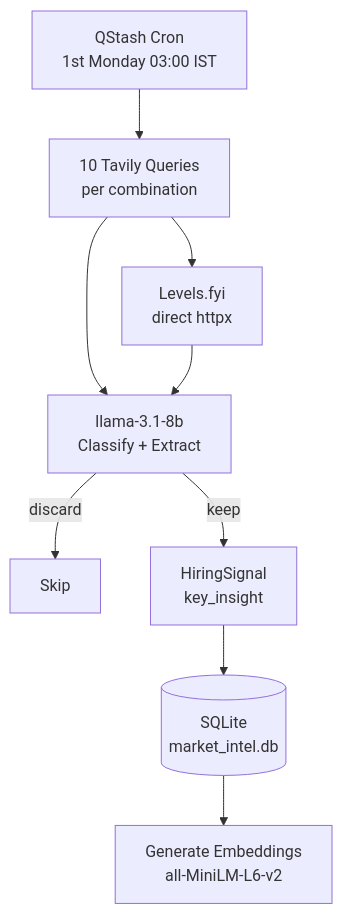
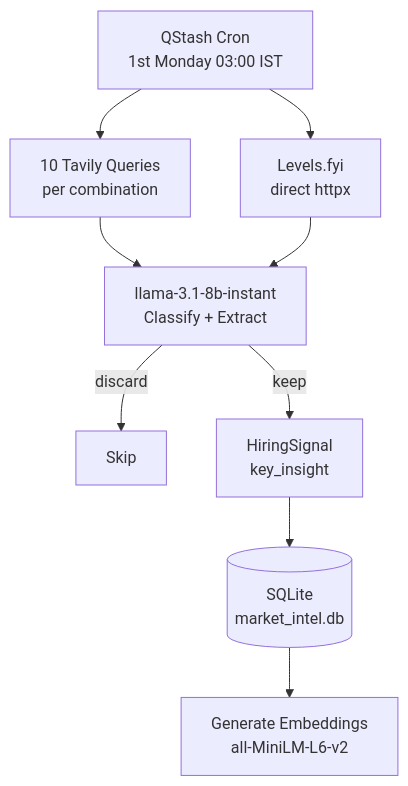
The third of 4 diagrams in README.md (Sarv2024aimlco/roast), drawn with Mermaid before and after one commit. The commit also changed other lines of this file and 21 other files, not shown here.

````diff
--- a/README.md
+++ b/README.md
@@ -93,10 +93,11 @@
 ```mermaid
 flowchart TD
     A[QStash Cron\n1st Monday 03:00 IST] --> B[10 Tavily Queries\nper combination]
-    B --> C[Levels.fyi\ndirect httpx]
-    B & C --> D[llama-3.1-8b\nClassify + Extract]
+    A --> C[Levels.fyi\ndirect httpx]
+    B --> D[llama-3.1-8b-instant\nClassify + Extract]
+    C --> D
     D -->|discard| X[Skip]
     D -->|keep| E[HiringSignal\nkey_insight]
     E --> F[(SQLite\nmarket_intel.db)]
     F --> G[Generate Embeddings\nall-MiniLM-L6-v2]
 ```
````
